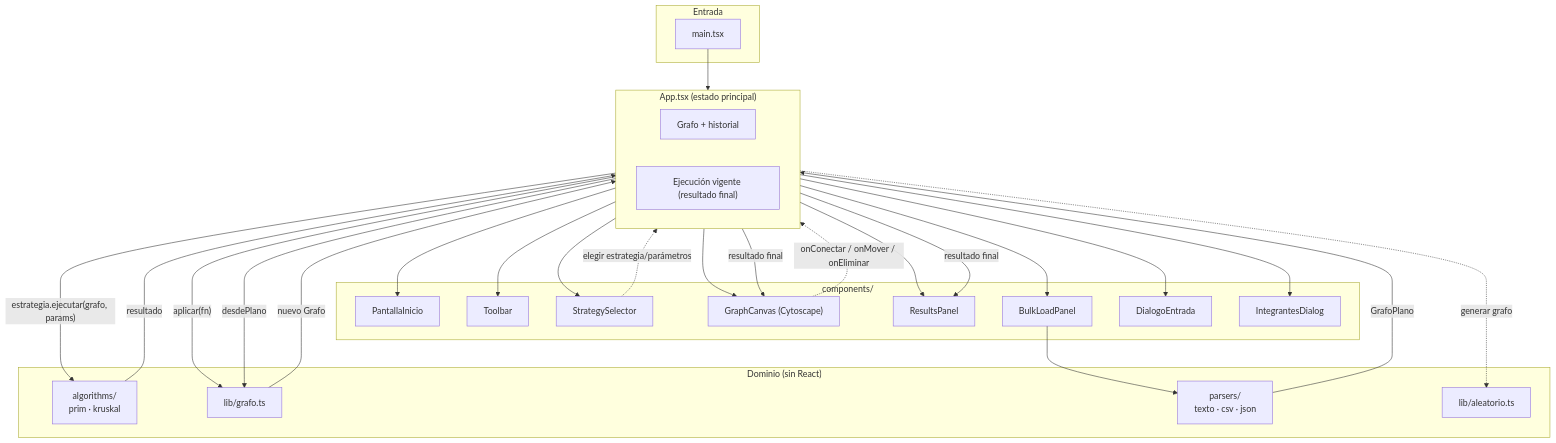
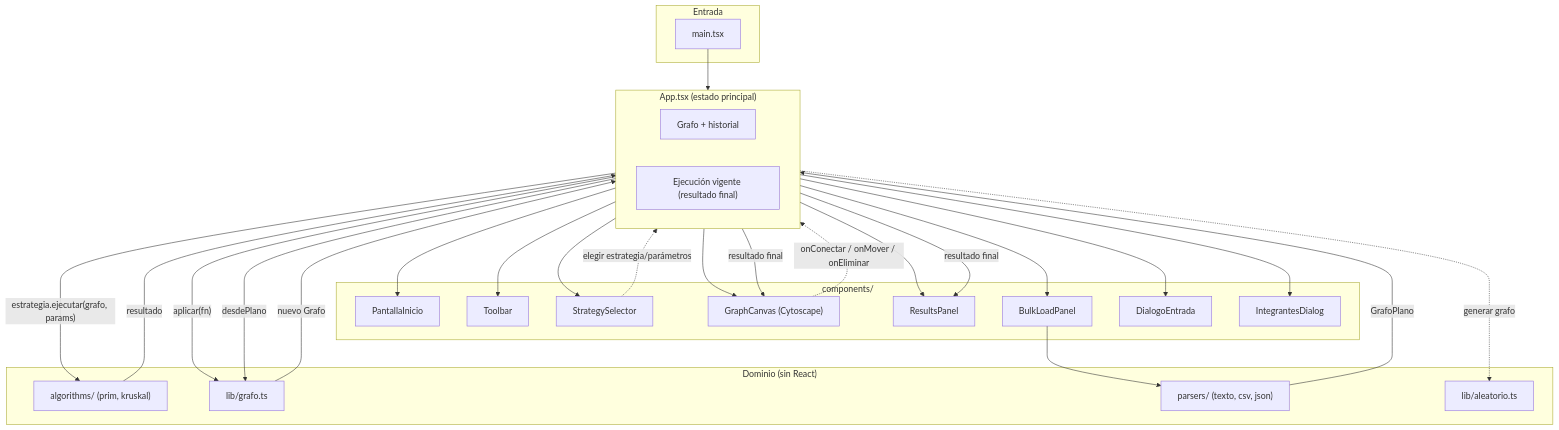
Before and after one commit to jppirra/iop: the first of 4 diagrams in docs/04-diagramas.md, drawn with Mermaid.

Commit message:
Saca <br/> de las etiquetas del diagrama de componentes
GitHub se queda cargando al renderizar el Mermaid cuando las etiquetas de
nodo usan <br/>; se reemplaza por texto en una sola línea.

````diff
--- a/docs/04-diagramas.md
+++ b/docs/04-diagramas.md
@@ -9,56 +9,56 @@
 ```mermaid
 flowchart TB
     subgraph entrada["Entrada"]
         main["main.tsx"]
     end
 
     subgraph appCore["App.tsx (estado principal)"]
         estadoGrafo["Grafo + historial"]
         estadoEjecucion["Ejecución vigente (resultado final)"]
     end
 
     subgraph ui["components/"]
         PantallaInicio
         Toolbar
         StrategySelector
         GraphCanvas["GraphCanvas (Cytoscape)"]
         ResultsPanel
         BulkLoadPanel
         DialogoEntrada
         IntegrantesDialog
     end
 
     subgraph dominio["Dominio (sin React)"]
-        algorithms["algorithms/<br/>prim · kruskal"]
+        algorithms["algorithms/ (prim, kruskal)"]
         libGrafo["lib/grafo.ts"]
-        parsers["parsers/<br/>texto · csv · json"]
+        parsers["parsers/ (texto, csv, json)"]
         aleatorio["lib/aleatorio.ts"]
     end
 
     main --> appCore
 
     appCore --> PantallaInicio
     appCore --> Toolbar
     appCore --> StrategySelector
     appCore --> GraphCanvas
     appCore --> ResultsPanel
     appCore --> BulkLoadPanel
     appCore --> DialogoEntrada
     appCore --> IntegrantesDialog
 
     StrategySelector -. "elegir estrategia/parámetros" .-> appCore
     appCore -- "estrategia.ejecutar(grafo, params)" --> algorithms
     algorithms -- "resultado" --> appCore
     appCore -- "resultado final" --> GraphCanvas
     appCore -- "resultado final" --> ResultsPanel
 
     GraphCanvas -. "onConectar / onMover / onEliminar" .-> appCore
     appCore -- "aplicar(fn)" --> libGrafo
     libGrafo -- "nuevo Grafo" --> appCore
 
     BulkLoadPanel --> parsers
     parsers -- "GrafoPlano" --> appCore
     appCore -- "desdePlano" --> libGrafo
 
     appCore -. "generar grafo" .-> aleatorio
 ```
````
